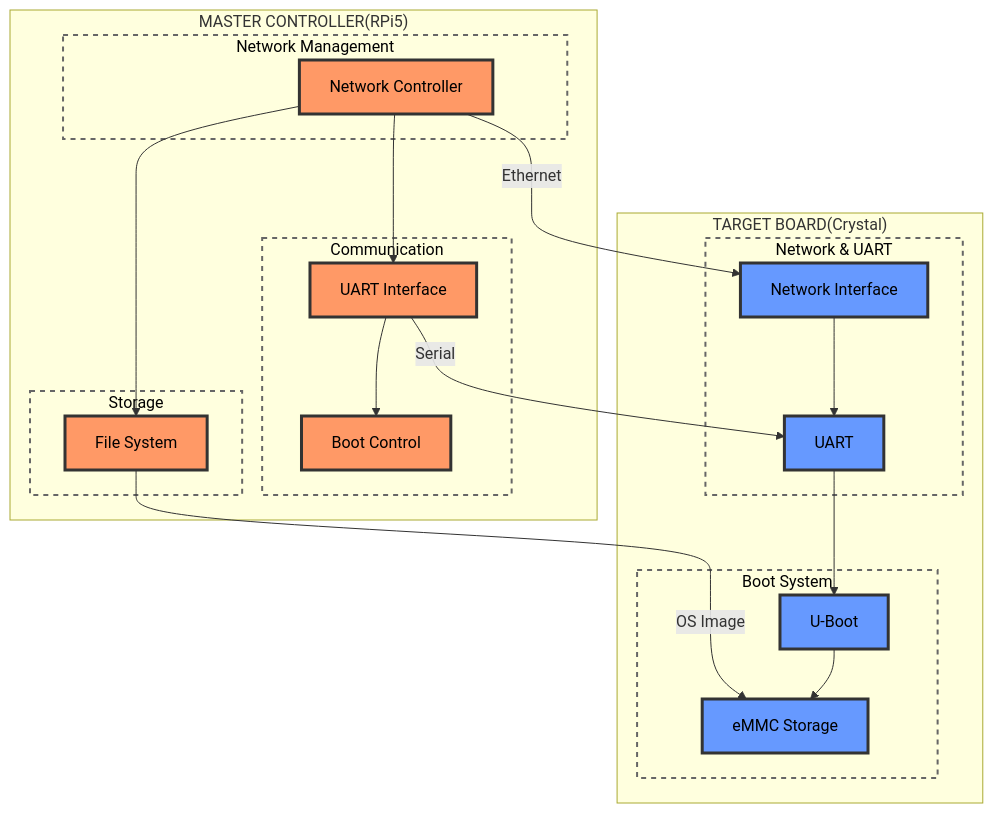
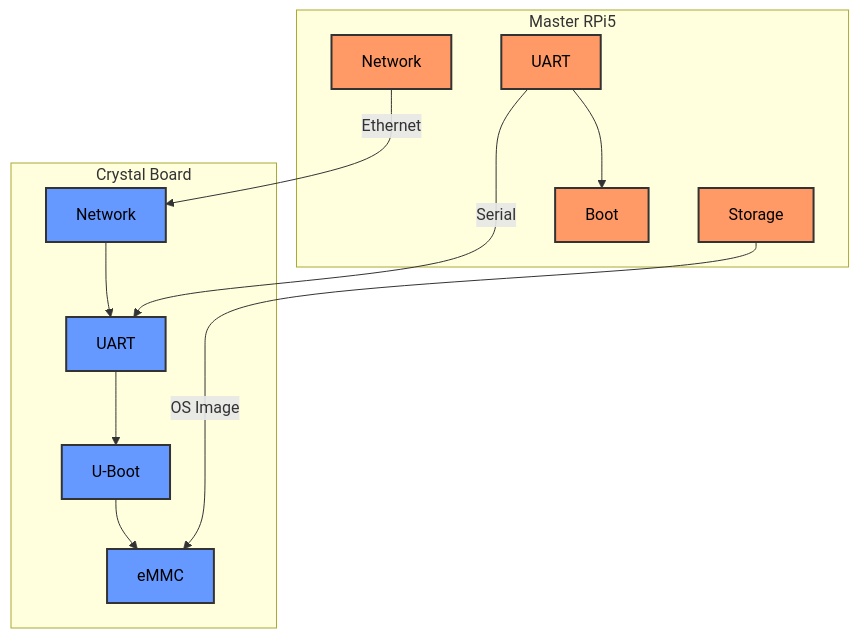
Before and after one commit to KobolMan/CrystalAutoSetup: the second of 2 diagrams in README.md, drawn with Mermaid. The commit also changed other lines of this file, not shown here.

````diff
--- a/README.md
+++ b/README.md
@@ -89,46 +66,27 @@
 ```mermaid
 graph TB
-    subgraph master["MASTER CONTROLLER(RPi5)"]
-        subgraph Network["Network Management"]
-            M1[Network Controller]
-        end
-        subgraph Communication["Communication"]
-            M2[UART Interface]
-            M4[Boot Control]
-        end
-        subgraph Storage["Storage"]
-            M3[File System]
-        end
-        M1 --> M2
-        M1 --> M3
-        M2 --> M4
-    end
+   subgraph Master[Master RPi5]
+       NC[Network]
+       UI[UART]
+       FS[Storage]
+       
+       UI --> BC[Boot]
+   end
 
-    subgraph target["TARGET BOARD(Crystal)"]
-        subgraph InterfaceGroup["Network & UART"]
-            T1[Network Interface]
-            T2[UART]
-        end
-        subgraph Boot["Boot System"]
-            T3[U-Boot]
-            T4[eMMC Storage]
-        end
-        T1 --> T2
-        T2 --> T3
-        T3 --> T4
-    end
+   subgraph Target[Crystal Board]
+       TNI[Network] --> TU[UART]
+       TU --> UB[U-Boot]
+       UB --> ES[eMMC]
+   end
 
-    M1 -->|Ethernet| T1
-    M2 -->|Serial| T2
-    M3 -->|OS Image| T4
+   NC -->|Ethernet| TNI
+   UI -->|Serial| TU
+   FS -->|OS Image| ES
 
-    classDef master fill:#ff9966,stroke:#333,stroke-width:3px,color:#000
-    classDef target fill:#6699ff,stroke:#333,stroke-width:3px,color:#000
-    classDef subgroup fill:none,stroke:#666,stroke-width:2px,stroke-dasharray:5 5,color:#000
-    classDef default color:#000
+   classDef master fill:#ff9966,stroke:#333,stroke-width:2px,color:#000
+   classDef target fill:#6699ff,stroke:#333,stroke-width:2px,color:#000
 
-    class M1,M2,M3,M4 master
-    class T1,T2,T3,T4 target
-    class Network,Communication,Storage,InterfaceGroup,Boot subgroup
+   class NC,UI,FS,BC master
+   class TNI,TU,UB,ES target
 
 ```
````
